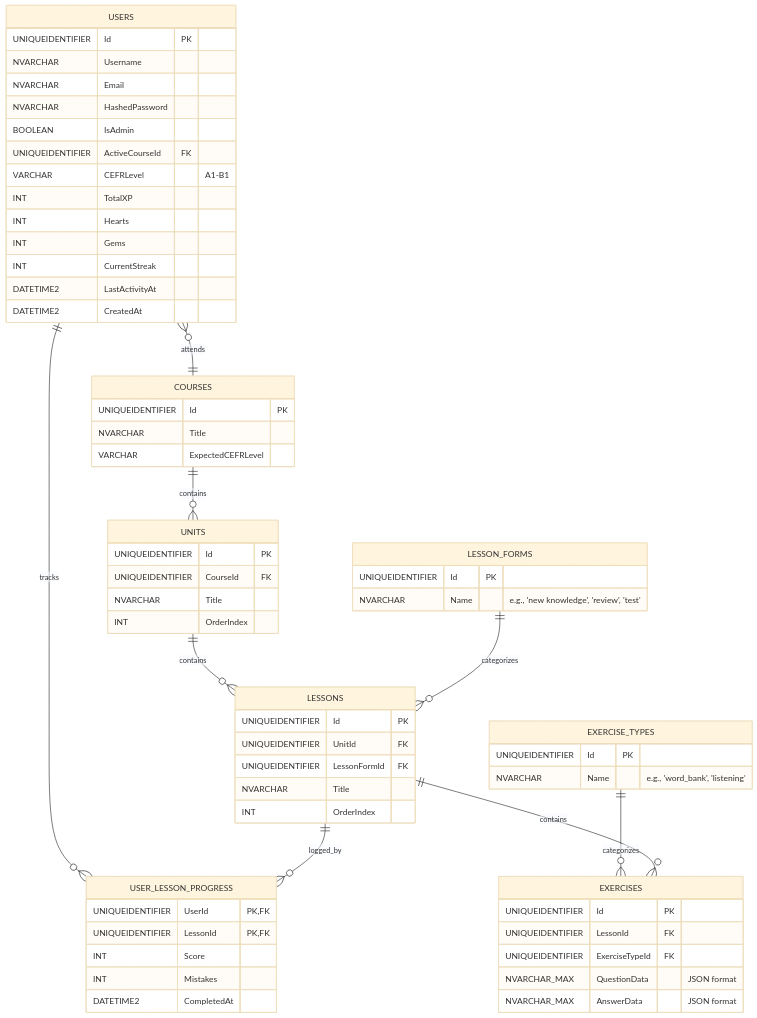
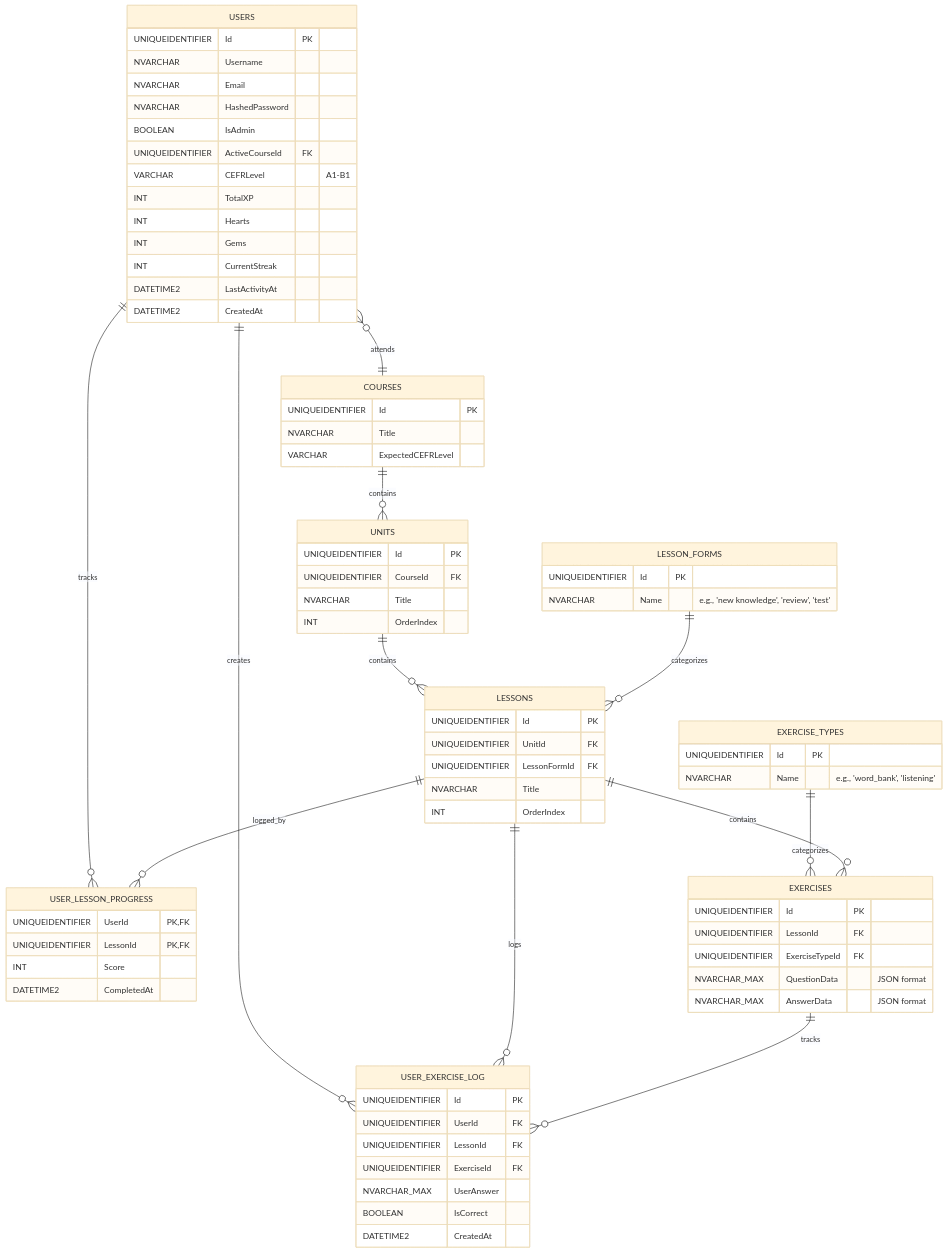
The diagram in Database.md (hungvult/english_learning_platform), drawn with Mermaid (base theme) before and after one commit.

Commit message:
docs(database): Implement UserExerciseLog schema and Admin Mistake Analytics API endpoint
Remove field `mistakes` from `UserLessonProgress` and replace it with a
new `UserExerciseLog` table to track user answers for each exercise.

````diff
--- a/Database.md
+++ b/Database.md
@@ -1,68 +1,79 @@
 ```mermaid
 erDiagram
     USERS ||--o{ USER_LESSON_PROGRESS : tracks
     COURSES ||--o{ UNITS : contains
     USERS }o--|| COURSES : attends
     UNITS ||--o{ LESSONS : contains
     LESSON_FORMS ||--o{ LESSONS : categorizes
     EXERCISE_TYPES ||--o{ EXERCISES : categorizes
     LESSONS ||--o{ EXERCISES : contains
     LESSONS ||--o{ USER_LESSON_PROGRESS : logged_by
+    USERS ||--o{ USER_EXERCISE_LOG : creates
+    LESSONS ||--o{ USER_EXERCISE_LOG : logs
+    EXERCISES ||--o{ USER_EXERCISE_LOG : tracks
 
     USERS {
         UNIQUEIDENTIFIER Id PK
         NVARCHAR Username
         NVARCHAR Email
         NVARCHAR HashedPassword
         BOOLEAN IsAdmin
         UNIQUEIDENTIFIER ActiveCourseId FK
         VARCHAR CEFRLevel "A1-B1"
         INT TotalXP
         INT Hearts
         INT Gems
         INT CurrentStreak
         DATETIME2 LastActivityAt
         DATETIME2 CreatedAt
     }
     COURSES {
         UNIQUEIDENTIFIER Id PK
         NVARCHAR Title
         VARCHAR ExpectedCEFRLevel
     }
     UNITS {
         UNIQUEIDENTIFIER Id PK
         UNIQUEIDENTIFIER CourseId FK
         NVARCHAR Title
         INT OrderIndex
     }
     LESSON_FORMS {
         UNIQUEIDENTIFIER Id PK
         NVARCHAR Name "e.g., 'new knowledge', 'review', 'test'"
     }
     LESSONS {
         UNIQUEIDENTIFIER Id PK
         UNIQUEIDENTIFIER UnitId FK
         UNIQUEIDENTIFIER LessonFormId FK
         NVARCHAR Title
         INT OrderIndex
     }
     EXERCISE_TYPES {
         UNIQUEIDENTIFIER Id PK
         NVARCHAR Name "e.g., 'word_bank', 'listening'"
     }
     EXERCISES {
         UNIQUEIDENTIFIER Id PK
         UNIQUEIDENTIFIER LessonId FK
         UNIQUEIDENTIFIER ExerciseTypeId FK
         NVARCHAR_MAX QuestionData "JSON format"
         NVARCHAR_MAX AnswerData "JSON format"
     }
     USER_LESSON_PROGRESS {
         UNIQUEIDENTIFIER UserId PK, FK
         UNIQUEIDENTIFIER LessonId PK, FK
         INT Score
-        INT Mistakes
         DATETIME2 CompletedAt
+    }
+    USER_EXERCISE_LOG {
+        UNIQUEIDENTIFIER Id PK
+        UNIQUEIDENTIFIER UserId FK
+        UNIQUEIDENTIFIER LessonId FK
+        UNIQUEIDENTIFIER ExerciseId FK
+        NVARCHAR_MAX UserAnswer
+        BOOLEAN IsCorrect
+        DATETIME2 CreatedAt
     }
 
 ```
````
